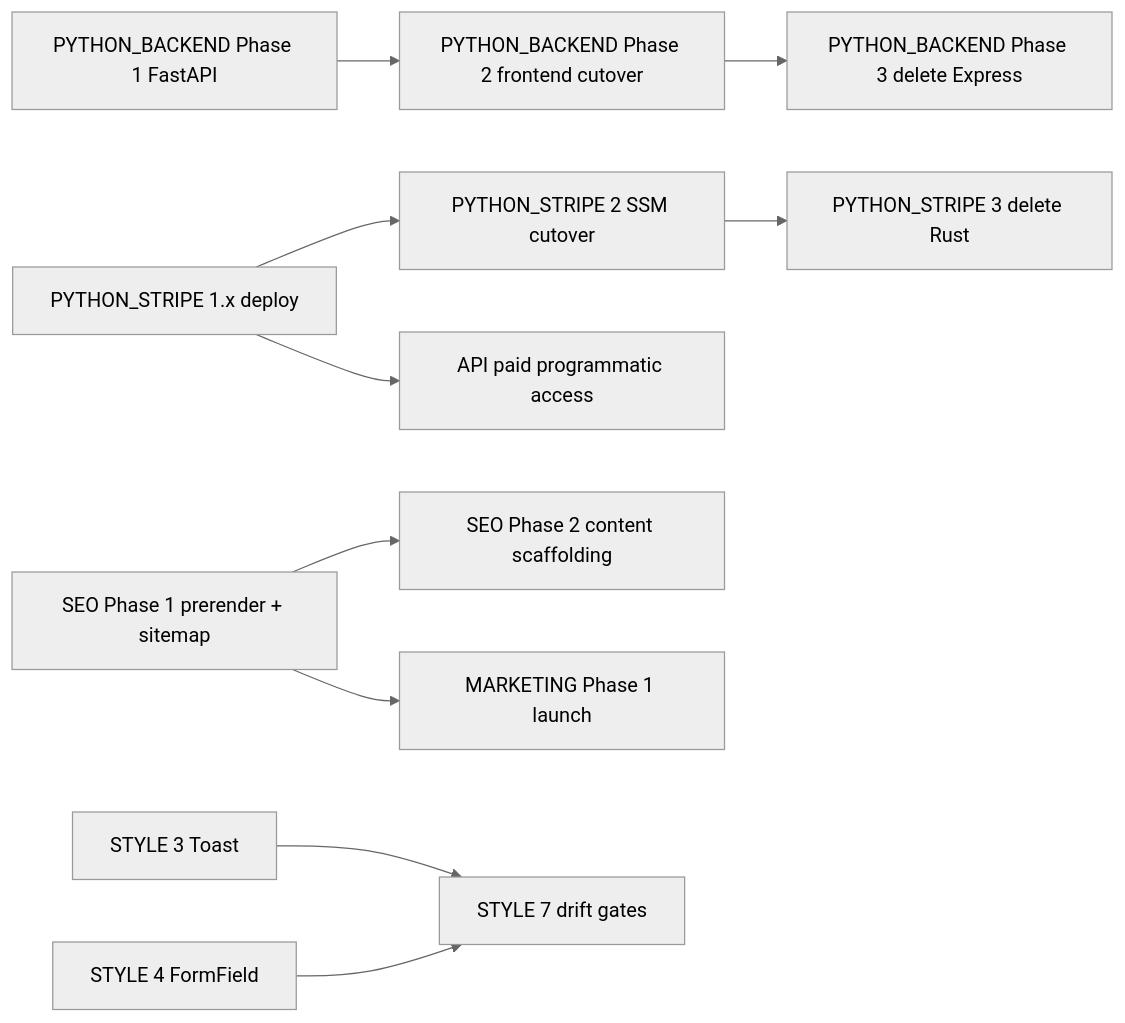
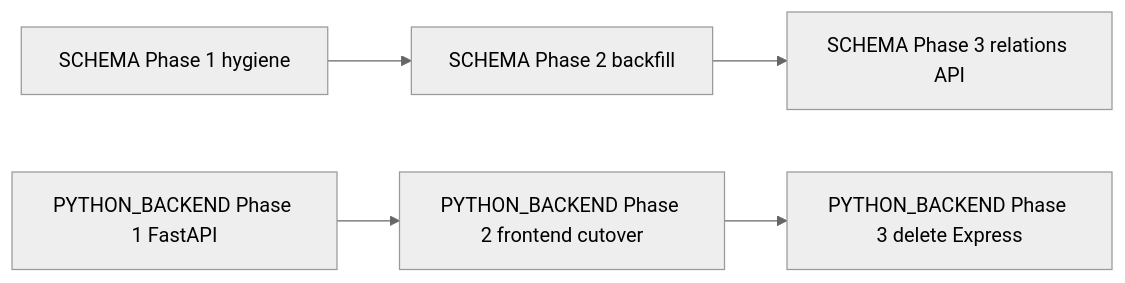
The first of 2 diagrams in todo/README.md (JimothyJohn/specodex), drawn with Mermaid (neutral theme) before and after one commit. The commit also changed other lines of this file and 29 other files, not shown here.

First line of the commit message:
wip: prior-session actuator MVP + growth-cli + schema/configuration docs

````diff
--- a/todo/README.md
+++ b/todo/README.md
@@ -205,24 +251,12 @@
 ```mermaid
 graph LR
+    SC1[SCHEMA Phase 1 hygiene]
+    SC2[SCHEMA Phase 2 backfill]
+    SC3[SCHEMA Phase 3 relations API]
     PB1[PYTHON_BACKEND Phase 1 FastAPI]
     PB2[PYTHON_BACKEND Phase 2 frontend cutover]
     PB3[PYTHON_BACKEND Phase 3 delete Express]
-    S1[PYTHON_STRIPE 1.x deploy]
-    S2[PYTHON_STRIPE 2 SSM cutover]
-    S3[PYTHON_STRIPE 3 delete Rust]
-    SEO1[SEO Phase 1 prerender + sitemap]
-    SEO2[SEO Phase 2 content scaffolding]
-    MK[MARKETING Phase 1 launch]
-    API[API paid programmatic access]
-    ST3[STYLE 3 Toast]
-    ST4[STYLE 4 FormField]
-    ST7[STYLE 7 drift gates]
 
+    SC1 --> SC2 --> SC3
     PB1 --> PB2 --> PB3
-    S1 --> S2 --> S3
-    S1 --> API
-    SEO1 --> SEO2
-    SEO1 --> MK
-    ST3 --> ST7
-    ST4 --> ST7
 ```
````
